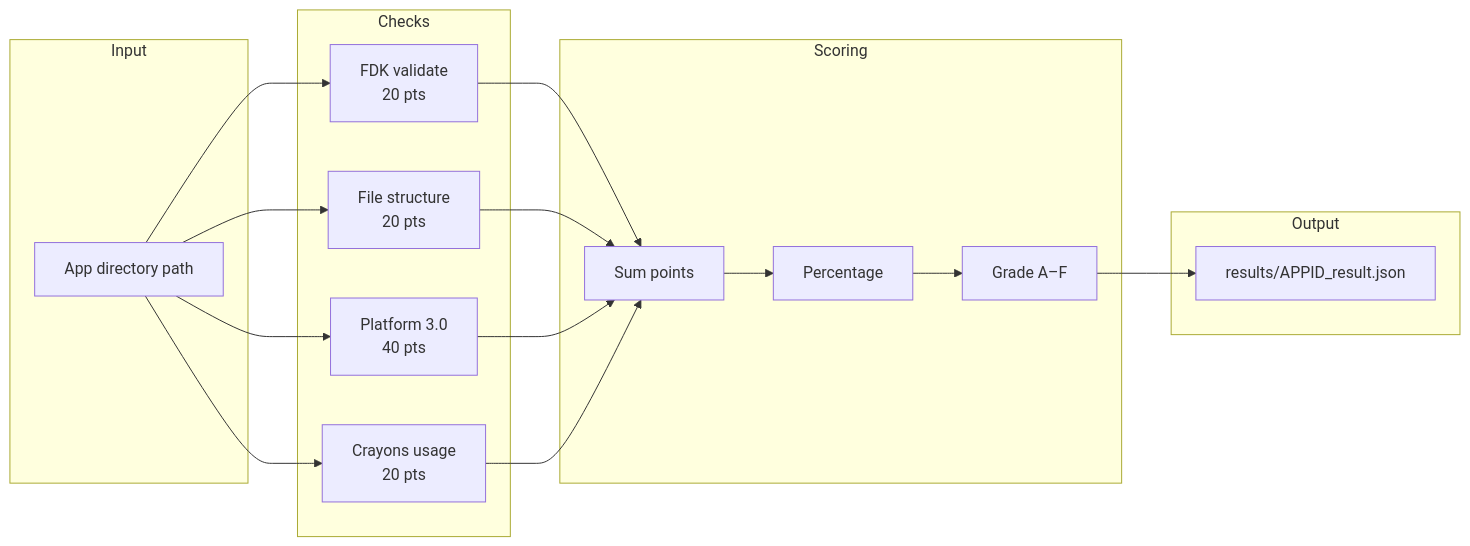
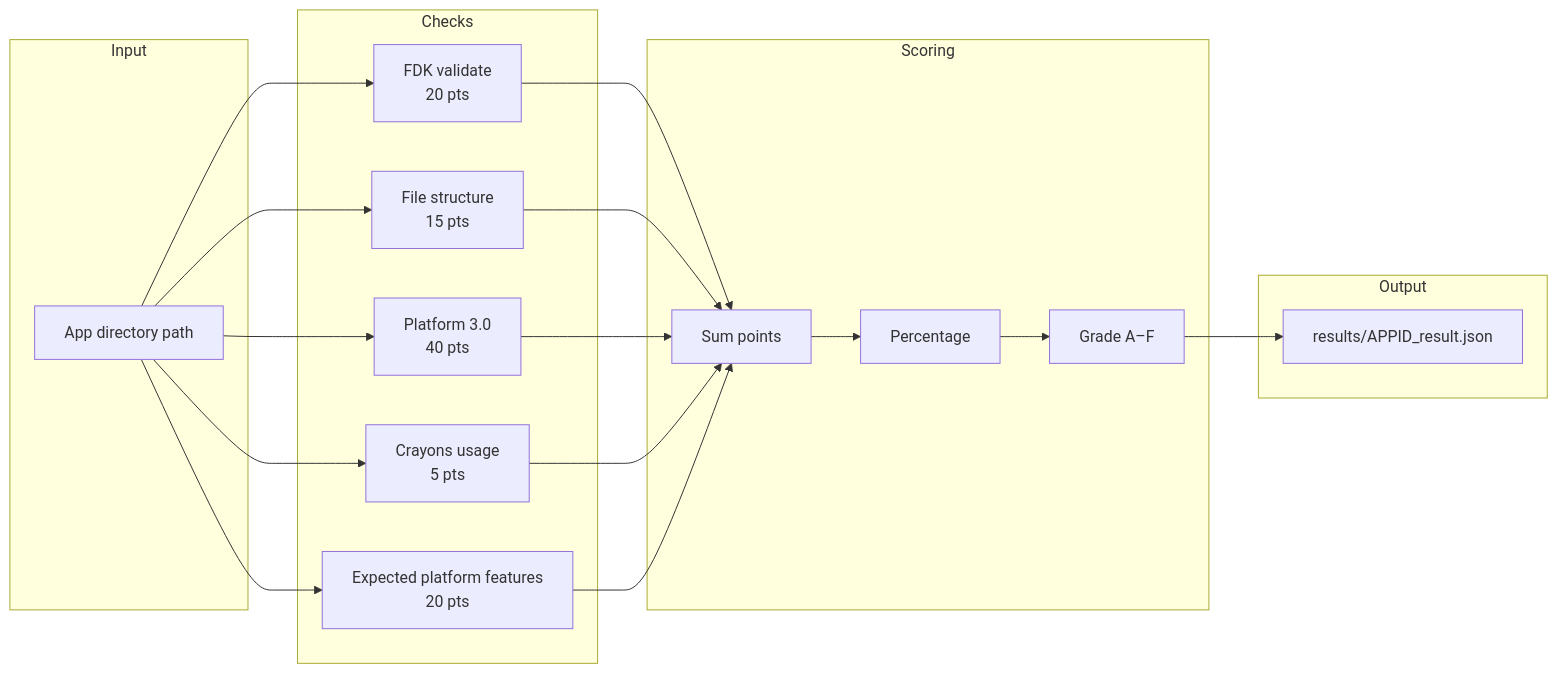
The fifth of 7 diagrams in docs/ARCHITECTURE_AND_FLOW.md (freshworks-developers/benchmarking), drawn with Mermaid before and after one commit. The commit also changed other lines of this file and 11 other files, not shown here.

````diff
--- a/docs/ARCHITECTURE_AND_FLOW.md
+++ b/docs/ARCHITECTURE_AND_FLOW.md
@@ -205,34 +205,37 @@
 ```mermaid
 flowchart LR
     subgraph input["Input"]
         APP_PATH[App directory path]
     end
 
     subgraph checks["Checks"]
         V[FDK validate\n20 pts]
-        FS[File structure\n20 pts]
+        FS[File structure\n15 pts]
         P3[Platform 3.0\n40 pts]
-        CRAYONS[Crayons usage\n20 pts]
+        CRAYONS[Crayons usage\n5 pts]
+        EPF[Expected platform features\n20 pts]
     end
 
     subgraph scoring["Scoring"]
         SUM[Sum points]
         PCT[Percentage]
         GRADE[Grade A–F]
     end
 
     subgraph output["Output"]
         RESULT[results/APPID_result.json]
     end
 
     APP_PATH --> V
     APP_PATH --> FS
     APP_PATH --> P3
     APP_PATH --> CRAYONS
+    APP_PATH --> EPF
     V --> SUM
     FS --> SUM
     P3 --> SUM
     CRAYONS --> SUM
+    EPF --> SUM
     SUM --> PCT --> GRADE
     GRADE --> RESULT
 ```
````
